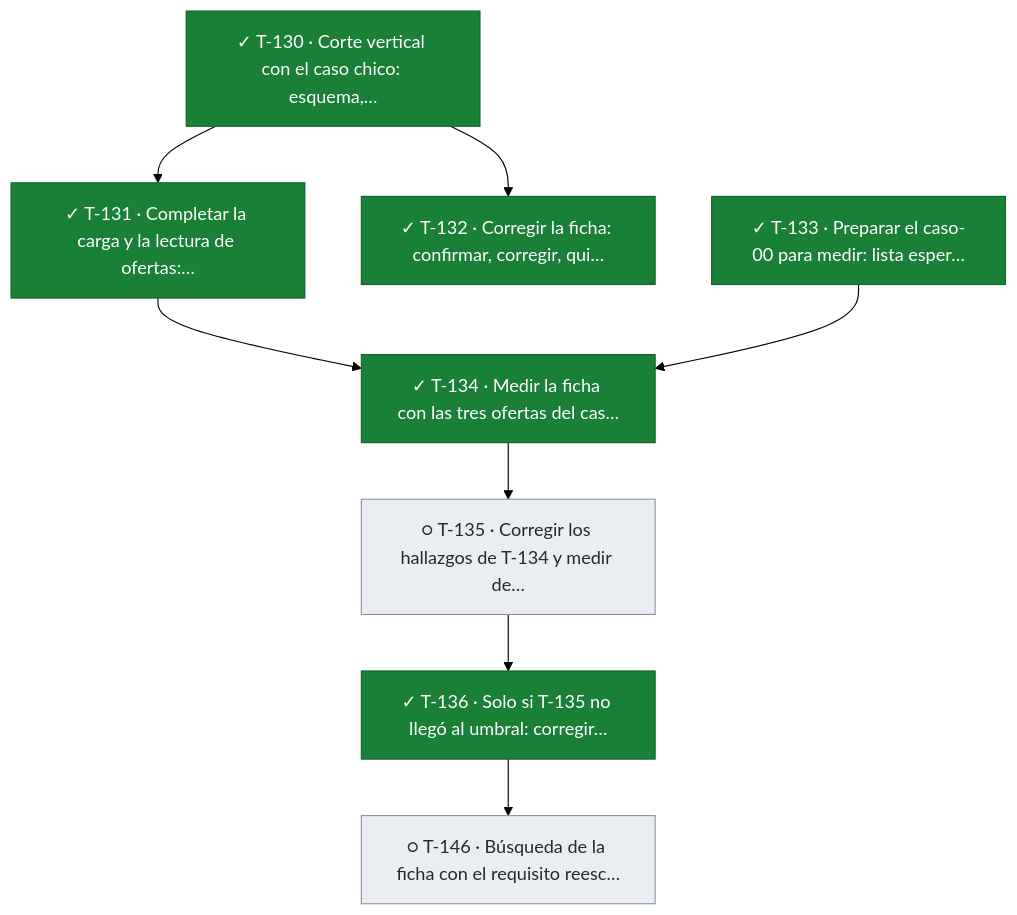
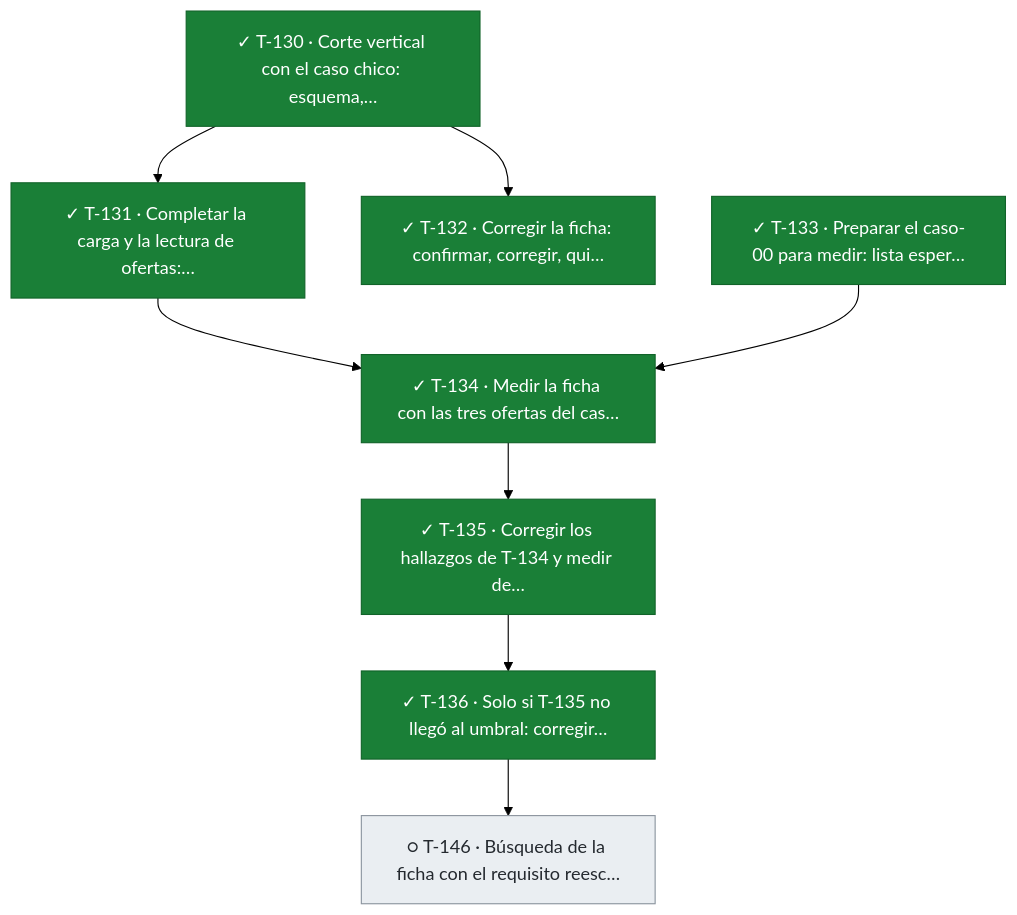
Before and after one commit to snavello/EVALUON: the seventh of 9 diagrams in docs/tablero.md, drawn with Mermaid (forest theme). The commit also changed other lines of this file and 1 other file, not shown here.

````diff
--- a/docs/tablero.md
+++ b/docs/tablero.md
@@ -679,23 +679,23 @@
 ```mermaid
 flowchart TD
   T130["✓ T-130 · Corte vertical con el caso chico: esquema,…"]:::done
   T131["✓ T-131 · Completar la carga y la lectura de ofertas:…"]:::done
   T132["✓ T-132 · Corregir la ficha: confirmar, corregir, qui…"]:::done
   T133["✓ T-133 · Preparar el caso-00 para medir: lista esper…"]:::done
   T134["✓ T-134 · Medir la ficha con las tres ofertas del cas…"]:::done
-  T135["○ T-135 · Corregir los hallazgos de T-134 y medir de…"]:::todo
+  T135["✓ T-135 · Corregir los hallazgos de T-134 y medir de…"]:::done
   T136["✓ T-136 · Solo si T-135 no llegó al umbral: corregir…"]:::done
   T146["○ T-146 · Búsqueda de la ficha con el requisito reesc…"]:::todo
   T130 --> T131
   T130 --> T132
   T131 --> T134
   T133 --> T134
   T134 --> T135
   T135 --> T136
   T136 --> T146
   classDef done fill:#1a7f37,stroke:#116329,color:#ffffff
   classDef review fill:#0969da,stroke:#0550ae,color:#ffffff
   classDef active fill:#bf8700,stroke:#7d4e00,color:#ffffff
   classDef blocked fill:#cf222e,stroke:#a40e26,color:#ffffff
   classDef todo fill:#eaeef2,stroke:#8c959f,color:#24292f
 ```
````
